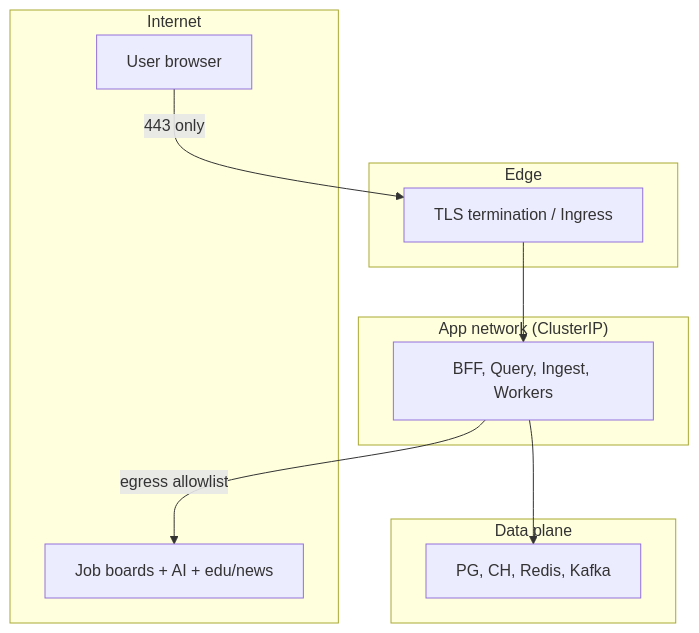
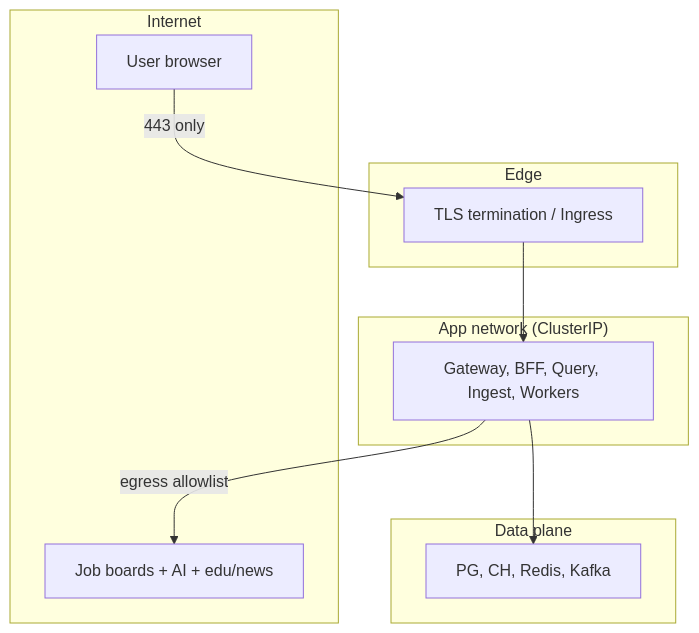
Before and after one commit to Chuchoss/it-labor-pulse: the fourth of 4 diagrams in docs/architecture/01-system-context.md, drawn with Mermaid. The commit also changed other lines of this file and 38 other files, not shown here.

First line of the commit message:
feat(gateway): add edge API gateway in front of BFF

````diff
--- a/docs/architecture/01-system-context.md
+++ b/docs/architecture/01-system-context.md
@@ -117,24 +118,24 @@
 ```mermaid
 flowchart TB
   subgraph Internet
     User[User browser]
     ExtAPIs[Job boards + AI + edu/news]
   end
 
   subgraph DMZ["Edge"]
     Ingress[TLS termination / Ingress]
   end
 
   subgraph AppNet["App network (ClusterIP)"]
-    Services[BFF, Query, Ingest, Workers]
+    Services[Gateway, BFF, Query, Ingest, Workers]
   end
 
   subgraph DataNet["Data plane"]
     Stores[PG, CH, Redis, Kafka]
   end
 
   User -->|443 only| Ingress
   Ingress --> Services
   Services -->|egress allowlist| ExtAPIs
   Services --> Stores
 ```
````
